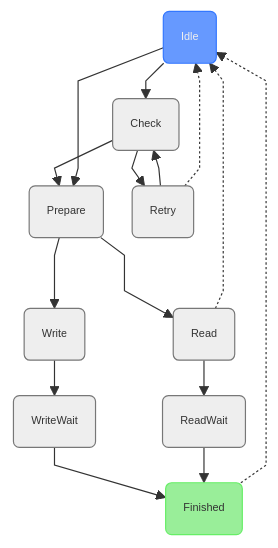
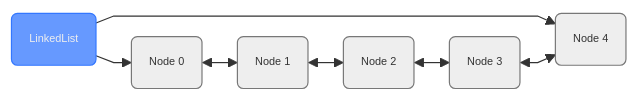
The diagram in doc/DataStructures/LinkedList.rst (pyTooling/pyTooling), drawn with Mermaid before and after one commit. The commit also changed other lines of this file and 3 other files, not shown here.

Commit message:
Added basic documentation for LinkedList.

```diff
--- a/doc/DataStructures/LinkedList.rst
+++ b/doc/DataStructures/LinkedList.rst
@@ -13,17 +13,14 @@
 .. mermaid::
    :caption: A linked list graph.
 
    %%{init: { "flowchart": { "nodeSpacing": 15, "rankSpacing": 30, "curve": "linear", "useMaxWidth": false } } }%%
-   graph TD
-     A(Idle); B(Check); C(Prepare); D(Read); E(Finished); F(Write) ; G(Retry); H(WriteWait); I(ReadWait)
+   graph LR
+     LL(LinkedList); A(Node 0); B(Node 1); C(Node 2); D(Node 3); E(Node 4)
 
-     A:::mark1 --> B --> C --> F
-     F --> H --> E:::cur
-     B --> G --> B
-     G -.-> A --> C
-     D -.-> A
-     C ---> D --> I --> E -.-> A
+     LL:::mark1 --> A
+     LL --> E
+     A <--> B <--> C <--> D <--> E
 
      classDef node fill:#eee,stroke:#777,font-size:smaller;
      classDef cur fill:#9e9,stroke:#6e6;
      classDef mark1 fill:#69f,stroke:#37f,color:#eee;
```
